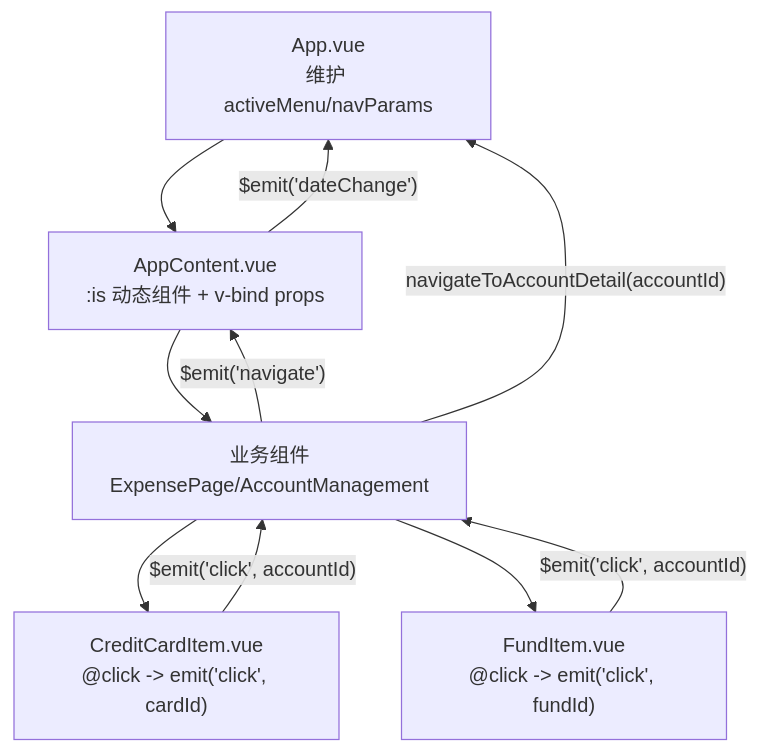
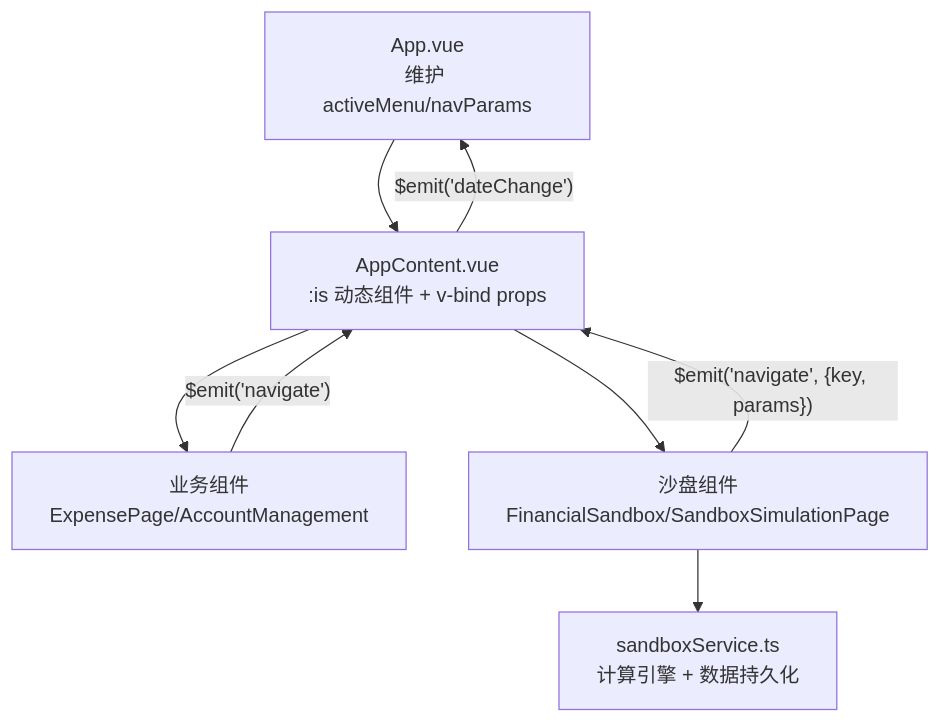
One commit to xiao-lin-unit/yuan changed the third of 9 diagrams in .qoder/repowiki/zh/content/架构设计/组件通信机制.md. Above: the diagram before and after it, drawn with Mermaid. The commit also changed other lines of this file and 24 other files, not shown here.

````diff
--- a/.qoder/repowiki/zh/content/架构设计/组件通信机制.md
+++ b/.qoder/repowiki/zh/content/架构设计/组件通信机制.md
@@ -172,12 +214,10 @@
 ```mermaid
 flowchart TD
 A["App.vue<br/>维护 activeMenu/navParams"] --> B["AppContent.vue<br/>:is 动态组件 + v-bind props"]
 B --> C["业务组件<br/>ExpensePage/AccountManagement"]
+B --> D["沙盘组件<br/>FinancialSandbox/SandboxSimulationPage"]
 C -- "$emit('navigate')" --> B
+D -- "$emit('navigate', {key, params})" --> B
 B -- "$emit('dateChange')" --> A
-C --> D["CreditCardItem.vue<br/>@click -> emit('click', cardId)"]
-C --> E["FundItem.vue<br/>@click -> emit('click', fundId)"]
-D -- "$emit('click', accountId)" --> C
-E -- "$emit('click', accountId)" --> C
-C -- "navigateToAccountDetail(accountId)" --> A
+D --> E["sandboxService.ts<br/>计算引擎 + 数据持久化"]
 ```
````
